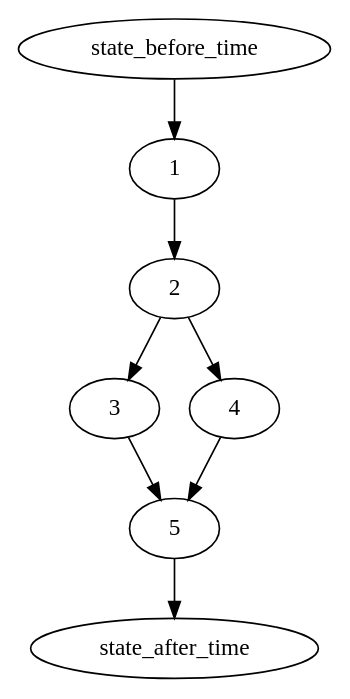
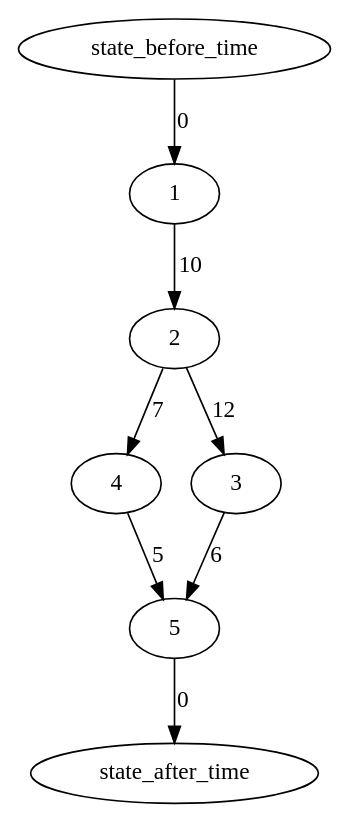
Before and after one commit to Veyron566/CalendarPlanning: the diagram in mygraph.dot, drawn with Graphviz. The commit also changed 2 other files, not shown here.

Commit message:
Rewrite procedure of gragh drawing using the \'graphviz\' package

```diff
--- a/mygraph.dot
+++ b/mygraph.dot
@@ -1,17 +1,16 @@
-digraph mygraph 
-{
- 3;
- 4;
- 5;
- state_after_time;
- state_before_time;
- 1;
- 2;
- 3->5;
- 4->5;
- 5->state_after_time;
- state_before_time->1;
- 1->2;
- 2->4;
- 2->3;
+digraph D {
+	4
+	1
+	5
+	2
+	state_before_time
+	state_after_time
+	3
+		4 -> 5 [label=5]
+		1 -> 2 [label=10]
+		5 -> state_after_time [label=0]
+		2 -> 4 [label=7]
+		2 -> 3 [label=12]
+		state_before_time -> 1 [label=0]
+		3 -> 5 [label=6]
 }
```
